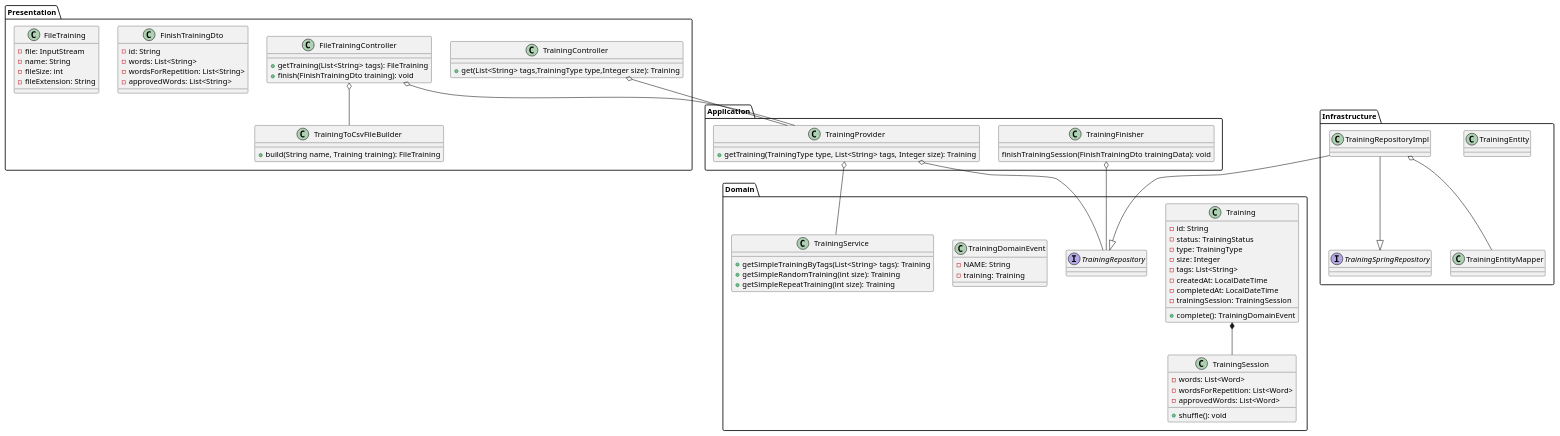
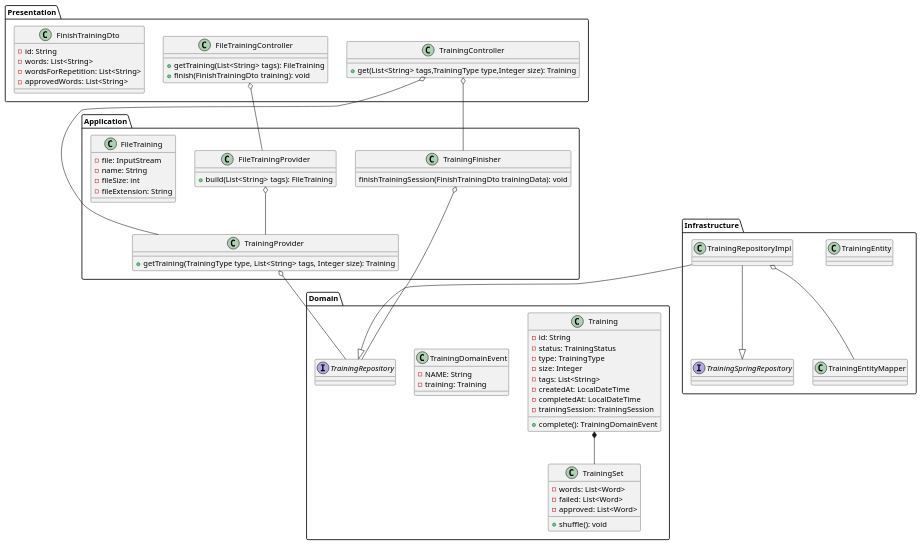
Before and after one commit to DmitrySibert/language-app: the diagram in src/main/resources/diagrams/training_diagram.puml, drawn with PlantUML. The commit also changed 37 other files, not shown here.

Commit message:
Training sesion redesinged to persist training words and results. Word progress interaction is redesigned to fetch training by itself. File training is moved ti application layer. Training service is removed, its functions are moved to application layer.

```diff
--- a/src/main/resources/diagrams/training_diagram.puml
+++ b/src/main/resources/diagrams/training_diagram.puml
@@ -1,101 +1,95 @@
 @startuml
 
 package Domain {
   class Training {
       - id: String
       - status: TrainingStatus
       - type: TrainingType
       - size: Integer
       - tags: List<String>
       - createdAt: LocalDateTime
       - completedAt: LocalDateTime
       - trainingSession: TrainingSession
 
       + complete(): TrainingDomainEvent
   }
 
-  class TrainingSession {
+  class TrainingSet {
       - words: List<Word>
-      - wordsForRepetition: List<Word>
-      - approvedWords: List<Word>
+      - failed: List<Word>
+      - approved: List<Word>
 
       + shuffle(): void
-  }
-
-  class TrainingService {
-      + getSimpleTrainingByTags(List<String> tags): Training
-      + getSimpleRandomTraining(int size): Training
-      + getSimpleRepeatTraining(int size): Training
   }
 
   class TrainingDomainEvent {
       - NAME: String
       - training: Training
   }
 
   interface TrainingRepository {
   }
 }
 
 package Application {
   class TrainingFinisher {
     finishTrainingSession(FinishTrainingDto trainingData): void
   }
 
   class TrainingProvider {
     + getTraining(TrainingType type, List<String> tags, Integer size): Training
+  }
+
+  class FileTrainingProvider {
+    + build(List<String> tags): FileTraining
+  }
+
+  class FileTraining {
+    - file: InputStream
+    - name: String
+    - fileSize: int
+    - fileExtension: String
   }
 }
 
 package Infrastructure {
   interface TrainingSpringRepository {
   }
   class TrainingEntity{
   }
   class TrainingEntityMapper{
   }
   class TrainingRepositoryImpl{
   }
 }
 
 package Presentation {
   class FileTrainingController {
     + getTraining(List<String> tags): FileTraining
     + finish(FinishTrainingDto training): void
   }
 
   class TrainingController {
     + get(List<String> tags,TrainingType type,Integer size): Training
   }
 
   class FinishTrainingDto {
       - id: String
       - words: List<String>
       - wordsForRepetition: List<String>
       - approvedWords: List<String>
   }
-
-  class FileTraining {
-    - file: InputStream
-    - name: String
-    - fileSize: int
-    - fileExtension: String
-  }
-
-  class TrainingToCsvFileBuilder{
-    + build(String name, Training training): FileTraining
-  }
 }
 
-TrainingProvider o-- TrainingService
 TrainingProvider o-- TrainingRepository
 TrainingFinisher o-- TrainingRepository
 TrainingRepositoryImpl --|> TrainingRepository
 TrainingRepositoryImpl --|> TrainingSpringRepository
 TrainingRepositoryImpl o-- TrainingEntityMapper
-FileTrainingController o-- TrainingProvider
-FileTrainingController o-- TrainingToCsvFileBuilder
+FileTrainingController o-- FileTrainingProvider
+FileTrainingProvider o-- TrainingProvider
 TrainingController o-- TrainingProvider
-Training *-- TrainingSession
+TrainingController o-- TrainingFinisher
+Training *-- TrainingSet
 
 @enduml
```
